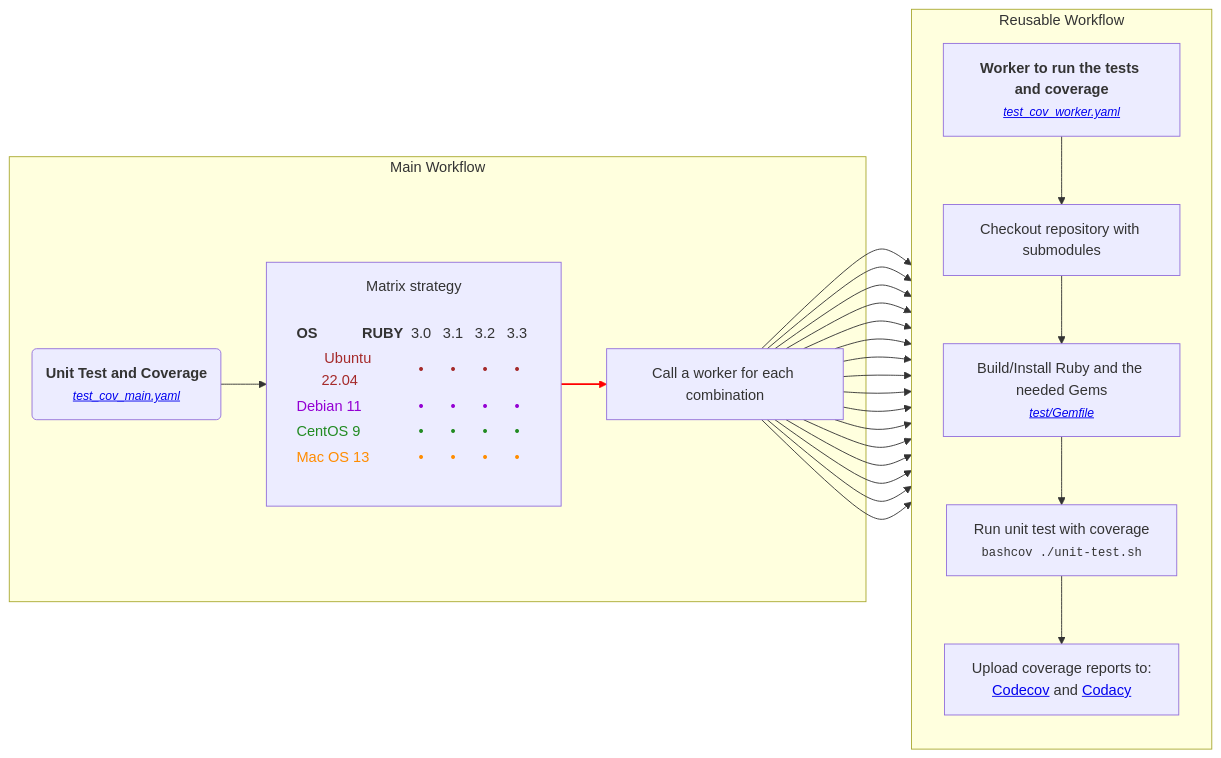
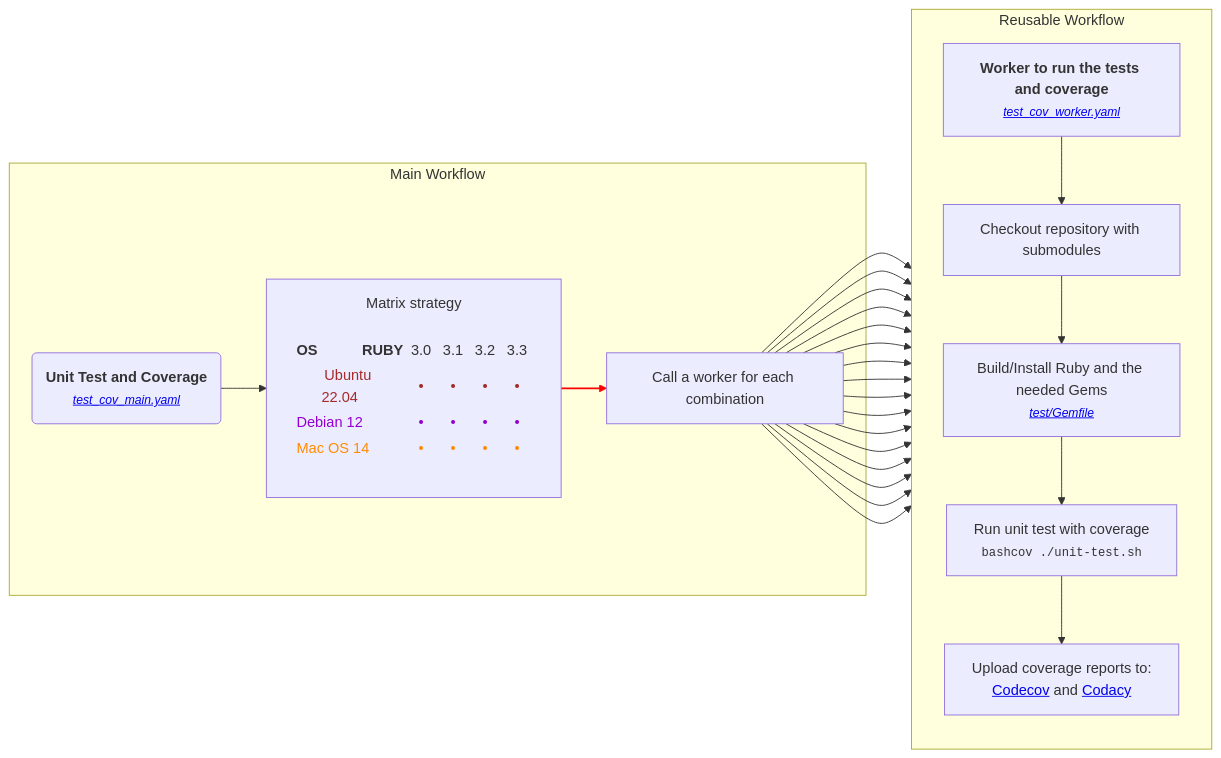
The diagram in README.md (jmrplens/Cloudflare-DNS-Updater), drawn with Mermaid before and after one commit. The commit also changed other lines of this file, not shown here.

````diff
--- a/README.md
+++ b/README.md
@@ -354,45 +354,45 @@
 ```mermaid
 %%{
   init: {
     "fontFamily": "monospace",
     "flowchart": {
       "htmlLabels": true
     },
     "sequence": {}
   }
 }%%
 
 flowchart LR
 subgraph WC[Main Workflow]
     A(<b>Unit Test and Coverage</b>\n <i><small><a href='https://github.com/jmrplens/DynDNS_Cloudflare_IPv4-6/blob/main/.github/workflows/test_cov_main.yaml'>test_cov_main.yaml</a></small></i>)
-    A --> B[Matrix strategy\n\n<table><tr><td align='left'><b>OS&nbsp&nbsp&nbsp&nbsp&nbsp&nbsp&nbsp&nbsp&nbsp&nbsp&nbspRUBY</b></td><td>&nbsp3.0&nbsp</td><td style='background-color:'>&nbsp3.1&nbsp</td><td>&nbsp3.2&nbsp</td><td>&nbsp3.3&nbsp</td></tr><tr style='color:brown'><td>Ubuntu 22.04&nbsp&nbsp&nbsp&nbsp&nbsp</td><td>&#x2022</td><td>&#x2022</td><td>&#x2022</td><td>&#x2022</td></tr><tr style='color:darkviolet'><td align='left'>Debian 11&nbsp&nbsp&nbsp&nbsp&nbsp&nbsp&nbsp&nbsp</td><td>&#x2022</td><td>&#x2022</td><td>&#x2022</td><td>&#x2022</td></tr><tr style='color:forestgreen'><td align='left'>CentOS 9&nbsp&nbsp&nbsp&nbsp&nbsp&nbsp&nbsp&nbsp&nbsp</td><td>&#x2022</td><td>&#x2022</td><td>&#x2022</td><td>&#x2022</td></tr><tr style='color:darkorange'><td align='left'>Mac OS 13&nbsp&nbsp&nbsp&nbsp&nbsp&nbsp&nbsp&nbsp</td><td>&#x2022</td><td>&#x2022</td><td>&#x2022</td><td>&#x2022</td></tr></table>\n]
+    A --> B[Matrix strategy\n\n<table><tr><td align='left'><b>OS&nbsp&nbsp&nbsp&nbsp&nbsp&nbsp&nbsp&nbsp&nbsp&nbsp&nbspRUBY</b></td><td>&nbsp3.0&nbsp</td><td style='background-color:'>&nbsp3.1&nbsp</td><td>&nbsp3.2&nbsp</td><td>&nbsp3.3&nbsp</td></tr><tr style='color:brown'><td>Ubuntu 22.04&nbsp&nbsp&nbsp&nbsp&nbsp</td><td>&#x2022</td><td>&#x2022</td><td>&#x2022</td><td>&#x2022</td></tr><tr style='color:darkviolet'><td align='left'>Debian 12&nbsp&nbsp&nbsp&nbsp&nbsp&nbsp&nbsp&nbsp</td><td>&#x2022</td><td>&#x2022</td><td>&#x2022</td><td>&#x2022</td></tr><tr style='color:darkorange'><td align='left'>Mac OS 14&nbsp&nbsp&nbsp&nbsp&nbsp&nbsp&nbsp&nbsp</td><td>&#x2022</td><td>&#x2022</td><td>&#x2022</td><td>&#x2022</td></tr></table>\n]
     B ==>C[Call a worker for each combination]
     linkStyle 1 stroke-width:2px,stroke:red;
 
 end
 
 C -->WU
 C -->WU
 C -->WU
 C -->WU
 C -->WU
 C -->WU
 C -->WU
 C -->WU
 C -->WU
 C -->WU
 C -->WU
 C -->WU
 C -->WU
 C -->WU
 C -->WU
 C -->WU
 
 subgraph WU[Reusable Workflow]
     D[<b>Worker to run the tests and coverage</b>\n<i><small><a href='https://github.com/jmrplens/DynDNS_Cloudflare_IPv4-6/blob/main/.github/workflows/test_cov_worker.yaml'>test_cov_worker.yaml</a></small></i>]
     D --> E[Checkout repository with submodules]
     E --> F[Build/Install Ruby and the needed Gems\n<i><small><a href='https://github.com/jmrplens/DynDNS_Cloudflare_IPv4-6/blob/main/test/Gemfile'>test/Gemfile</a></small></i>]
     F --> G[Run unit test with coverage\n<small><code>bashcov ./unit-test.sh</code></small>]
     G --> H[Upload coverage reports to:\n<a href='https://app.codecov.io/github/jmrplens/DynDNS_Cloudflare_IPv4-6'>Codecov</a> and <a href='https://app.codacy.com/gh/jmrplens/DynDNS_Cloudflare_IPv4-6/dashboard'>Codacy</a>]
 end
 ```
````
